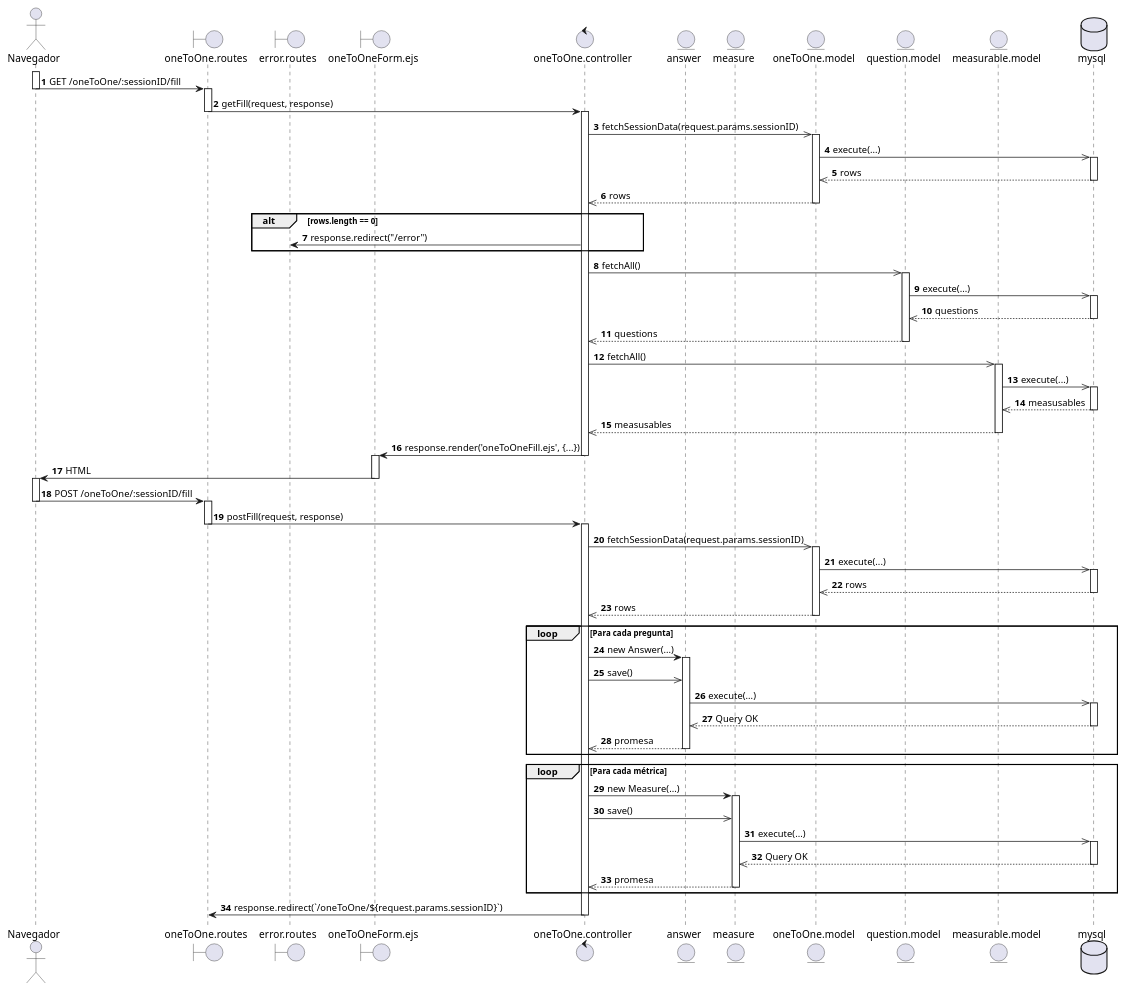
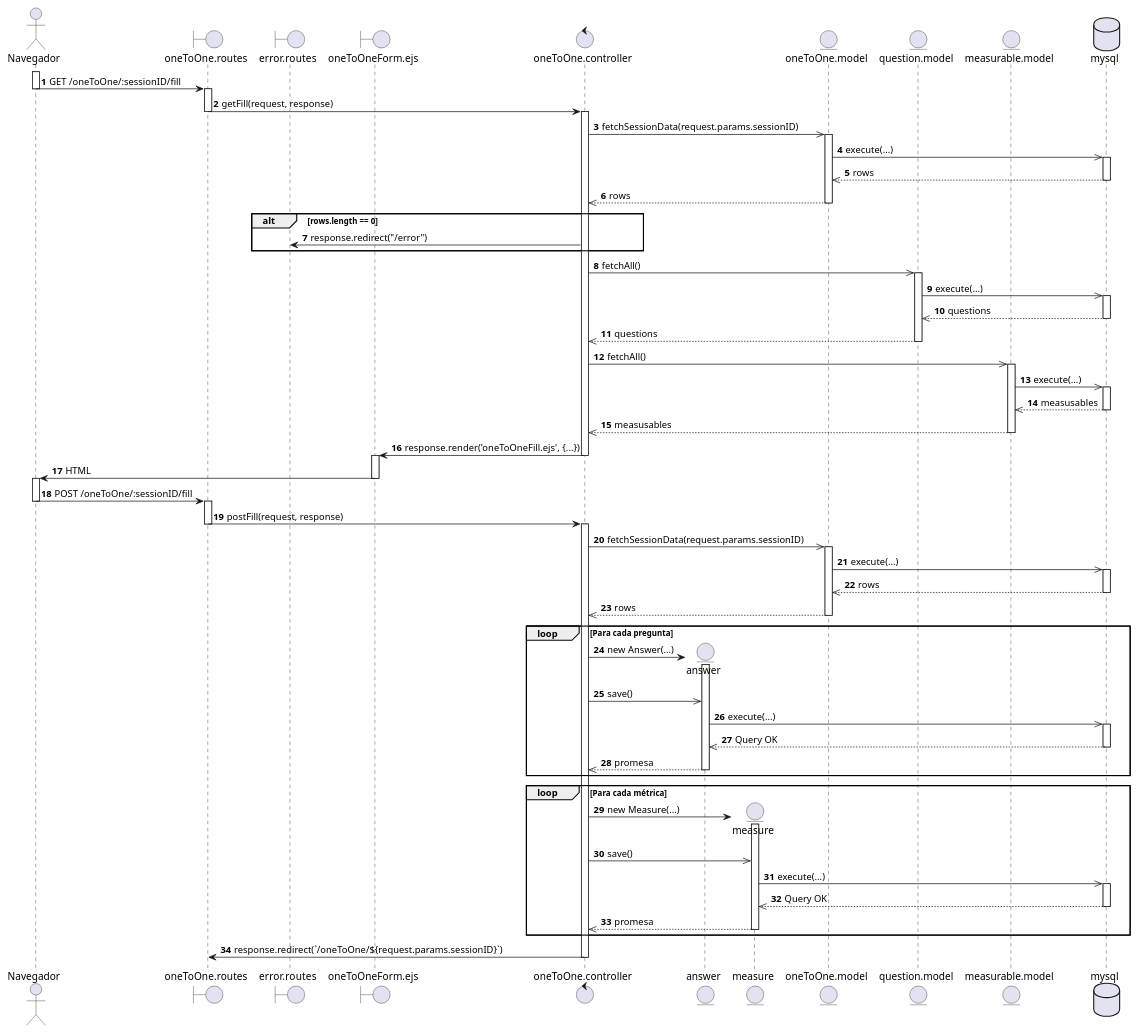
The diagram in diagrams/Casos de Uso/mundo req fun/Diagramas secuencia/CU34.puml (EdCanCe/WorkCells), drawn with PlantUML before and after one commit. The commit also changed 11 other files, not shown here.

```diff
--- a/diagrams/Casos de Uso/mundo req fun/Diagramas secuencia/CU34.puml
+++ b/diagrams/Casos de Uso/mundo req fun/Diagramas secuencia/CU34.puml
@@ -1,111 +1,113 @@
 @startuml
 actor Navegador
 boundary "oneToOne.routes" as Routes
 boundary "error.routes" as Error
 boundary "oneToOneForm.ejs" as Ejs
 control "oneToOne.controller" as Controller
 entity "answer" as Answer
 entity "measure" as Measure
 entity "oneToOne.model" as Model
 entity "question.model" as Question
 entity "measurable.model" as Measurable
 database "mysql" as MySQL
 
 autonumber
 
 activate Navegador
 Navegador -> Routes  : GET /oneToOne/:sessionID/fill
 deactivate Navegador
 
 activate Routes 
 Routes  -> Controller : getFill(request, response)
 deactivate Routes 
 
 activate Controller
 
 Controller ->> Model : fetchSessionData(request.params.sessionID)
 activate Model
 Model ->> MySQL : execute(...)
 activate MySQL
 MySQL -->> Model : rows
 deactivate MySQL
 Model -->> Controller : rows
 deactivate Model
 
 alt rows.length == 0
     Controller -> Error : response.redirect("/error")
 end
 
 Controller ->> Question : fetchAll()
 activate Question
 Question ->> MySQL : execute(...)
 activate MySQL
 MySQL -->> Question : questions
 deactivate MySQL
 Question -->> Controller : questions
 deactivate Question
 
 Controller ->> Measurable : fetchAll()
 activate Measurable
 Measurable ->> MySQL : execute(...)
 activate MySQL
 MySQL -->> Measurable : measusables
 deactivate MySQL
 Measurable -->> Controller : measusables
 deactivate Measurable
 
 
 Controller -> Ejs : response.render('oneToOneFill.ejs', {...})
 deactivate Controller
 
 activate Ejs
 Ejs -> Navegador : HTML
 deactivate Ejs
 
 activate Navegador
 Navegador -> Routes  : POST /oneToOne/:sessionID/fill
 deactivate Navegador
 
 activate Routes 
 Routes  -> Controller : postFill(request, response)
 deactivate Routes 
 
 activate Controller
 
 Controller ->> Model : fetchSessionData(request.params.sessionID)
 activate Model
 Model ->> MySQL : execute(...)
 activate MySQL
 MySQL -->> Model : rows
 deactivate MySQL
 Model -->> Controller : rows
 deactivate Model
 
 loop Para cada pregunta
+    create Answer
     Controller -> Answer : new Answer(...)
     activate Answer
     Controller ->> Answer : save()
     Answer ->> MySQL : execute(...)
     activate MySQL
     MySQL -->> Answer : Query OK
     deactivate MySQL
     Answer -->> Controller : promesa
     deactivate Answer
 end
 
 loop Para cada métrica
+    create Measure
     Controller -> Measure : new Measure(...)
     activate Measure
     Controller ->> Measure : save()
     Measure ->> MySQL : execute(...)
     activate MySQL
     MySQL -->> Measure : Query OK
     deactivate MySQL
     Measure -->> Controller : promesa
     deactivate Measure
 end
 
 Controller -> Routes  : response.redirect(`/oneToOne/${request.params.sessionID}`)
 deactivate Controller
 
 @enduml
```
